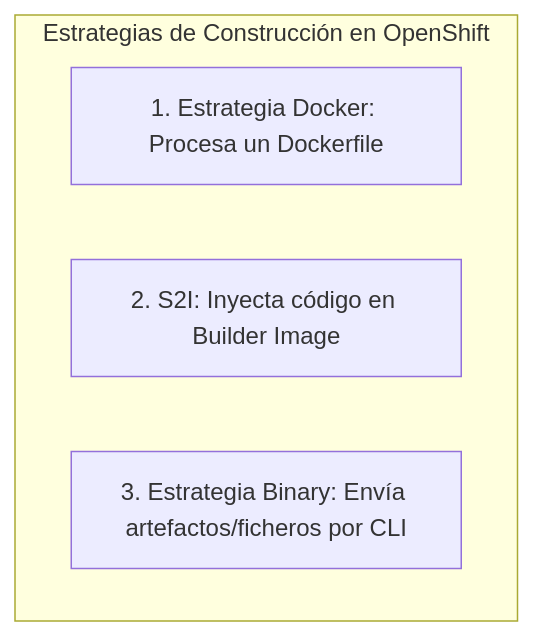
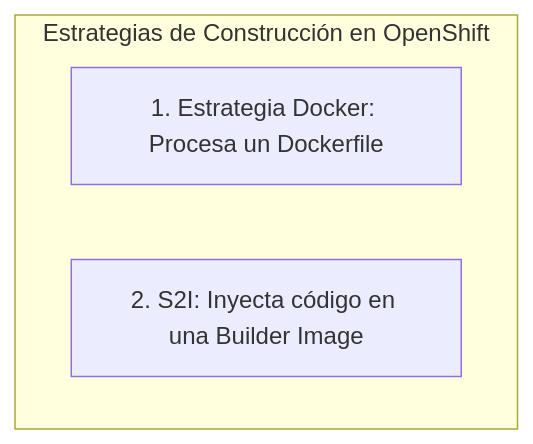
The third of 5 diagrams in docs/sesion4/4.5 Construir en la plataforma.md (ieftraining/curso-openshift), drawn with Mermaid before and after one commit. The commit also changed other lines of this file, not shown here.

````diff
--- a/docs/sesion4/4.5 Construir en la plataforma.md
+++ b/docs/sesion4/4.5 Construir en la plataforma.md
@@ -81,8 +81,7 @@
 ```mermaid
 flowchart TD
     subgraph Estrategias ["Estrategias de Construcción en OpenShift"]
         D1[1. Estrategia Docker: Procesa un Dockerfile]
-        S1[2. S2I: Inyecta código en Builder Image]
-        B1[3. Estrategia Binary: Envía artefactos/ficheros por CLI]
+        S1[2. S2I: Inyecta código en una Builder Image]
     end
 ```
````
